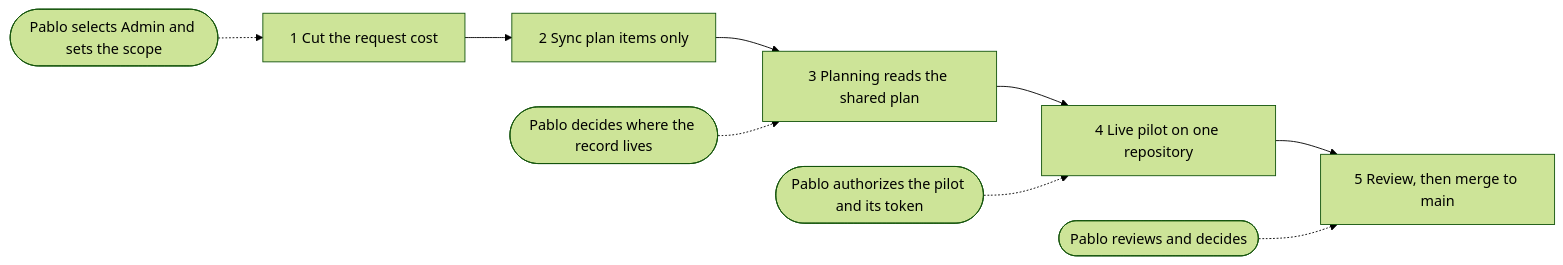
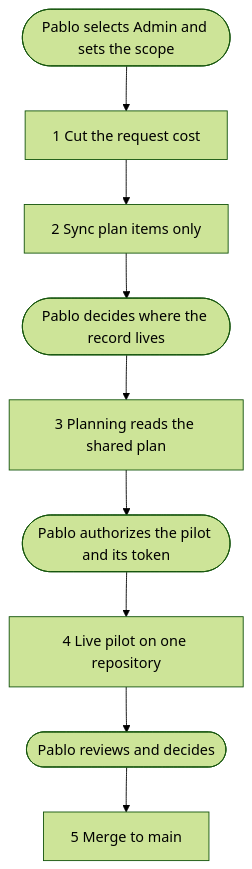
The diagram in docs/asdg/00-governance/reports/2026-11-25-plan-sync-next-steps.md (Elustondo-ai/asdg), drawn with Mermaid (forest theme) before and after one commit. The commit also changed other lines of this file and 1 other file, not shown here.

Commit message:
Make the two plan-sync report diagrams readable on GitHub
The first rendering placed the planning documents after GitHub and drew
the copy step right to left; the cycle is replaced by a one-way label.
The step diagram becomes a single top-to-bottom chain so its labels stay
legible in a narrow document pane.

````diff
--- a/docs/asdg/00-governance/reports/2026-11-25-plan-sync-next-steps.md
+++ b/docs/asdg/00-governance/reports/2026-11-25-plan-sync-next-steps.md
@@ -6,11 +6,11 @@
 ```mermaid
-flowchart LR
-    A["1 Cut the request cost"] --> B["2 Sync plan items only"]
-    B --> C["3 Planning reads the shared plan"]
-    C --> D["4 Live pilot on one repository"]
-    D --> E["5 Review, then merge to main"]
-    H1(["Pablo selects Admin and sets the scope"]) -.-> A
-    H2(["Pablo decides where the record lives"]) -.-> C
-    H3(["Pablo authorizes the pilot and its token"]) -.-> D
-    H4(["Pablo reviews and decides"]) -.-> E
+flowchart TB
+    H1(["Pablo selects Admin and sets the scope"]) --> A["1 Cut the request cost"]
+    A --> B["2 Sync plan items only"]
+    B --> H2(["Pablo decides where the record lives"])
+    H2 --> C["3 Planning reads the shared plan"]
+    C --> H3(["Pablo authorizes the pilot and its token"])
+    H3 --> D["4 Live pilot on one repository"]
+    D --> H4(["Pablo reviews and decides"])
+    H4 --> E["5 Merge to main"]
 ```
````
